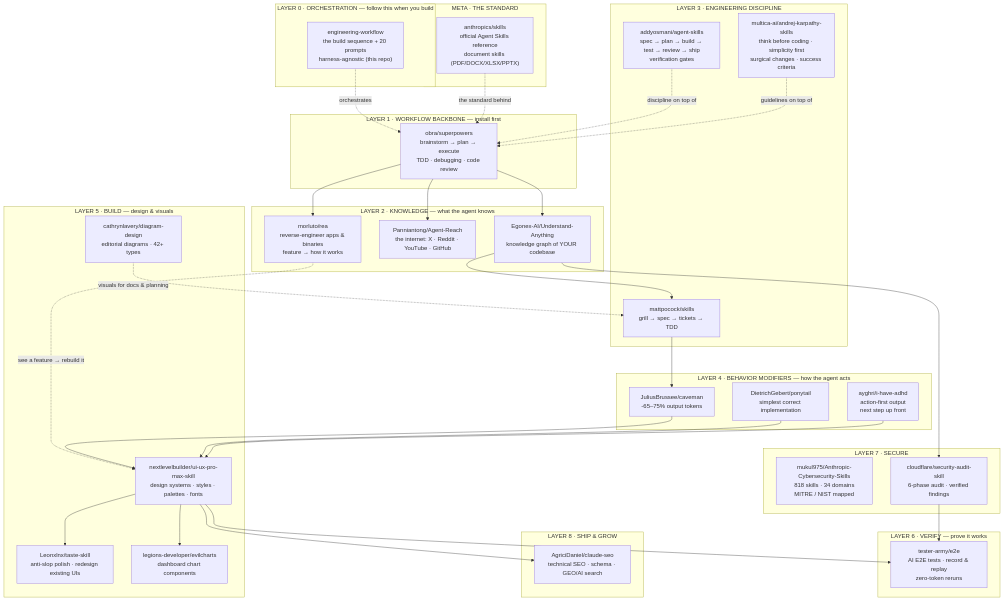
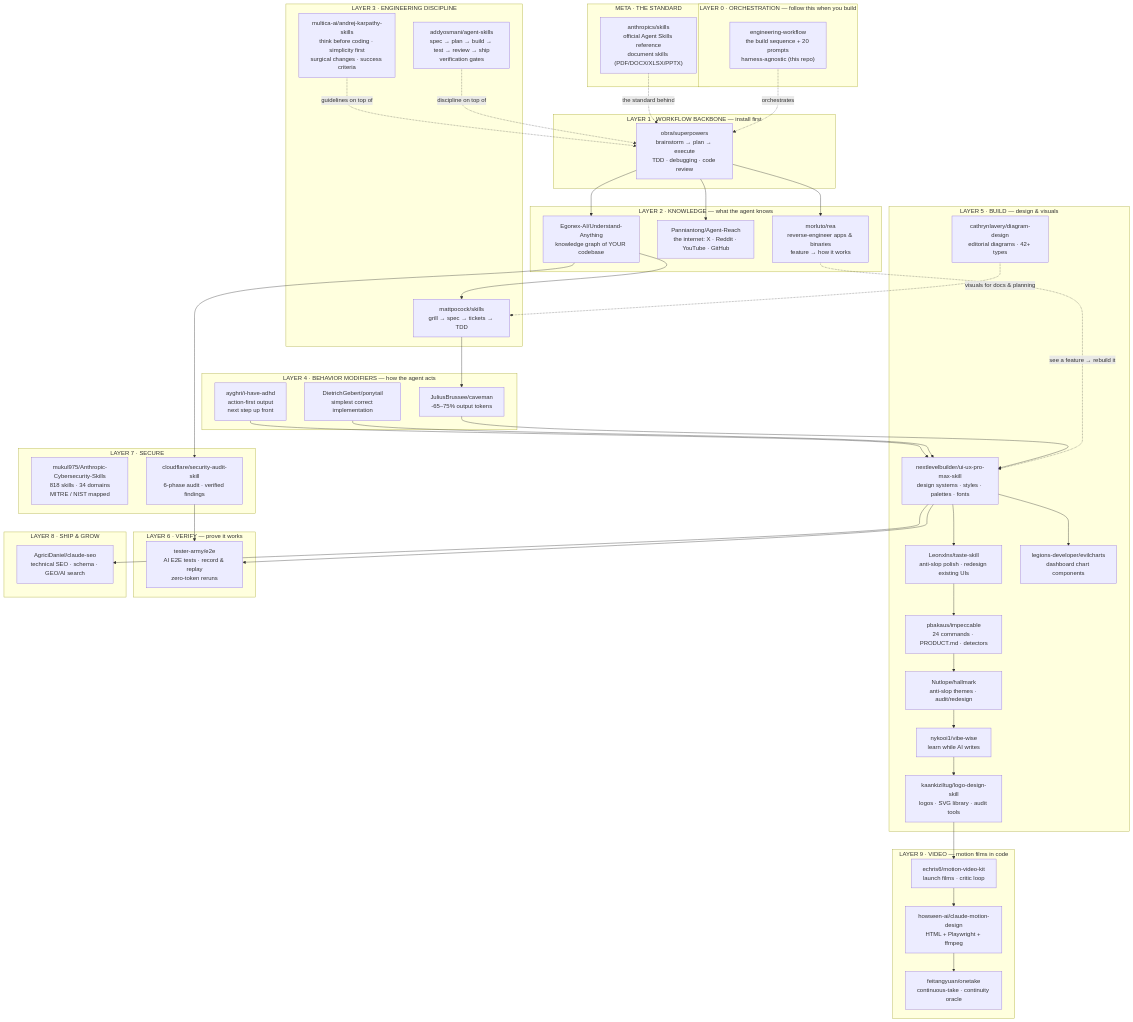
Before and after one commit to aaronjoseph94/aarons-skill-stack: the diagram in README.md, drawn with Mermaid. The commit also changed other lines of this file and 3 other files, not shown here.

Commit message:
Restore 7 design/video packs (21-27) wiped by the REA push

````diff
--- a/README.md
+++ b/README.md
@@ -63,64 +70,80 @@
 ```mermaid
 flowchart TB
     subgraph L0["LAYER 0 · ORCHESTRATION — follow this when you build"]
         EW["engineering-workflow<br/>the build sequence + 20 prompts<br/>harness-agnostic (this repo)"]
     end
     subgraph META["META · THE STANDARD"]
         AN["anthropics/skills<br/>official Agent Skills reference<br/>document skills (PDF/DOCX/XLSX/PPTX)"]
     end
     subgraph L1["LAYER 1 · WORKFLOW BACKBONE — install first"]
         SP["obra/superpowers<br/>brainstorm → plan → execute<br/>TDD · debugging · code review"]
     end
     subgraph L2["LAYER 2 · KNOWLEDGE — what the agent knows"]
         UA["Egonex-AI/Understand-Anything<br/>knowledge graph of YOUR codebase"]
         AR["Panniantong/Agent-Reach<br/>the internet: X · Reddit · YouTube · GitHub"]
         REA["morluto/rea<br/>reverse-engineer apps & binaries<br/>feature → how it works"]
     end
     subgraph L3["LAYER 3 · ENGINEERING DISCIPLINE"]
         MP["mattpocock/skills<br/>grill → spec → tickets → TDD"]
         AO["addyosmani/agent-skills<br/>spec → plan → build → test → review → ship<br/>verification gates"]
         KAR["multica-ai/andrej-karpathy-skills<br/>think before coding · simplicity first<br/>surgical changes · success criteria"]
     end
     subgraph L4["LAYER 4 · BEHAVIOR MODIFIERS — how the agent acts"]
         CV["JuliusBrussee/caveman<br/>-65–75% output tokens"]
         PT["DietrichGebert/ponytail<br/>simplest correct implementation"]
         ADHD["ayghri/i-have-adhd<br/>action-first output<br/>next step up front"]
     end
     subgraph L5["LAYER 5 · BUILD — design & visuals"]
         UX["nextlevelbuilder/ui-ux-pro-max-skill<br/>design systems · styles · palettes · fonts"]
         TS["Leonxlnx/taste-skill<br/>anti-slop polish · redesign existing UIs"]
         EC["legions-developer/evilcharts<br/>dashboard chart components"]
         DD["cathrynlavery/diagram-design<br/>editorial diagrams · 42+ types"]
+        IM["pbakaus/impeccable<br/>24 commands · PRODUCT.md · detectors"]
+        HM["Nutlope/hallmark<br/>anti-slop themes · audit/redesign"]
+        VW["nykooi1/vibe-wise<br/>learn while AI writes"]
+        LG["kaankiziltug/logo-design-skill<br/>logos · SVG library · audit tools"]
     end
     subgraph L6["LAYER 6 · VERIFY — prove it works"]
         E2E["tester-army/e2e<br/>AI E2E tests · record & replay<br/>zero-token reruns"]
     end
     subgraph L7["LAYER 7 · SECURE"]
         CS["mukul975/Anthropic-Cybersecurity-Skills<br/>818 skills · 34 domains<br/>MITRE / NIST mapped"]
         CA["cloudflare/security-audit-skill<br/>6-phase audit · verified findings"]
     end
     subgraph L8["LAYER 8 · SHIP & GROW"]
         SEO["AgriciDaniel/claude-seo<br/>technical SEO · schema · GEO/AI search"]
+    end
+    subgraph L9["LAYER 9 · VIDEO — motion films in code"]
+        MV["echris6/motion-video-kit<br/>launch films · critic loop"]
+        MD["howseen-ai/claude-motion-design<br/>HTML + Playwright + ffmpeg"]
+        OT["feitangyuan/onetake<br/>continuous-take · continuity oracle"]
     end
 
     EW -. orchestrates .-> SP
     AN -. the standard behind .-> SP
     SP --> UA
     SP --> AR
     SP --> REA
     REA -. see a feature → rebuild it .-> UX
     UA --> MP
     MP --> CV
     AO -. discipline on top of .-> SP
     KAR -. guidelines on top of .-> SP
     CV --> UX
     PT --> UX
     ADHD --> UX
     UX --> TS
     UX --> EC
+    TS --> IM
+    IM --> HM
+    HM --> VW
+    VW --> LG
+    LG --> MV
+    MV --> MD
+    MD --> OT
     UX --> E2E
     DD -. visuals for docs & planning .-> MP
     UA --> CA
     CA --> E2E
     UX --> SEO
 ```
````
